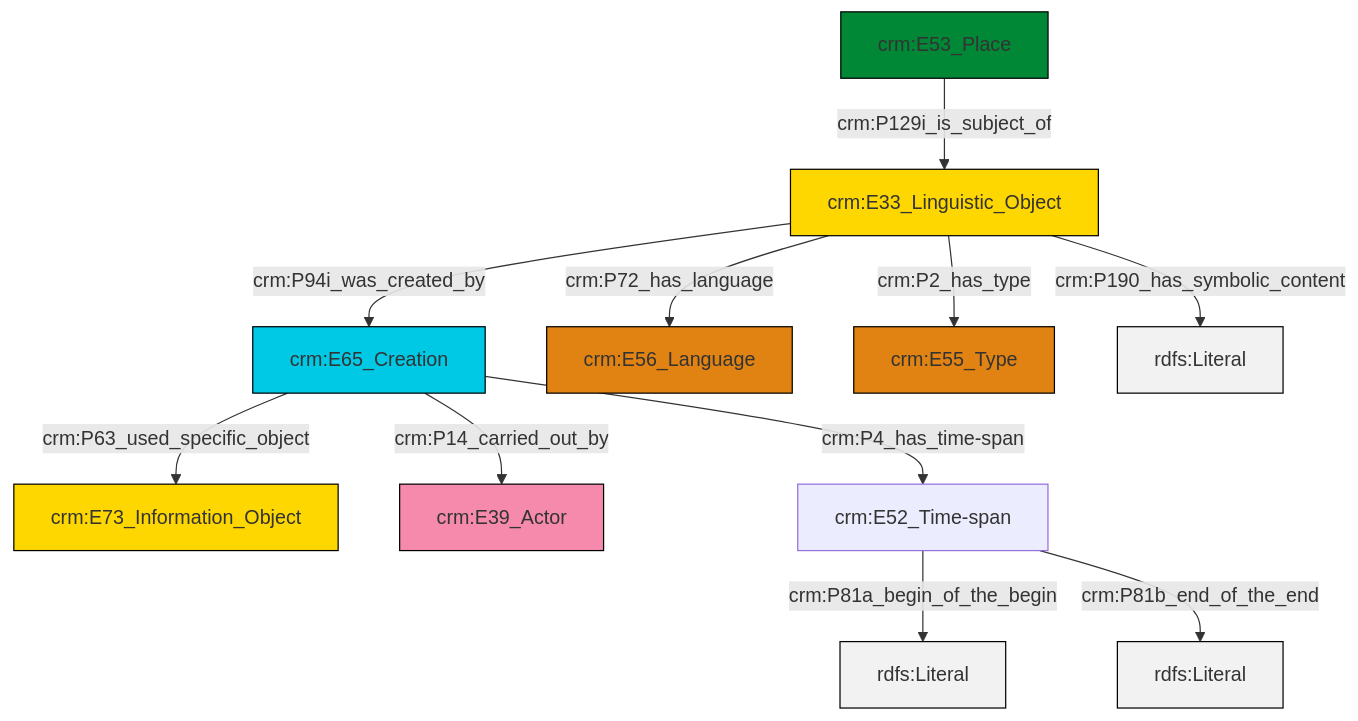
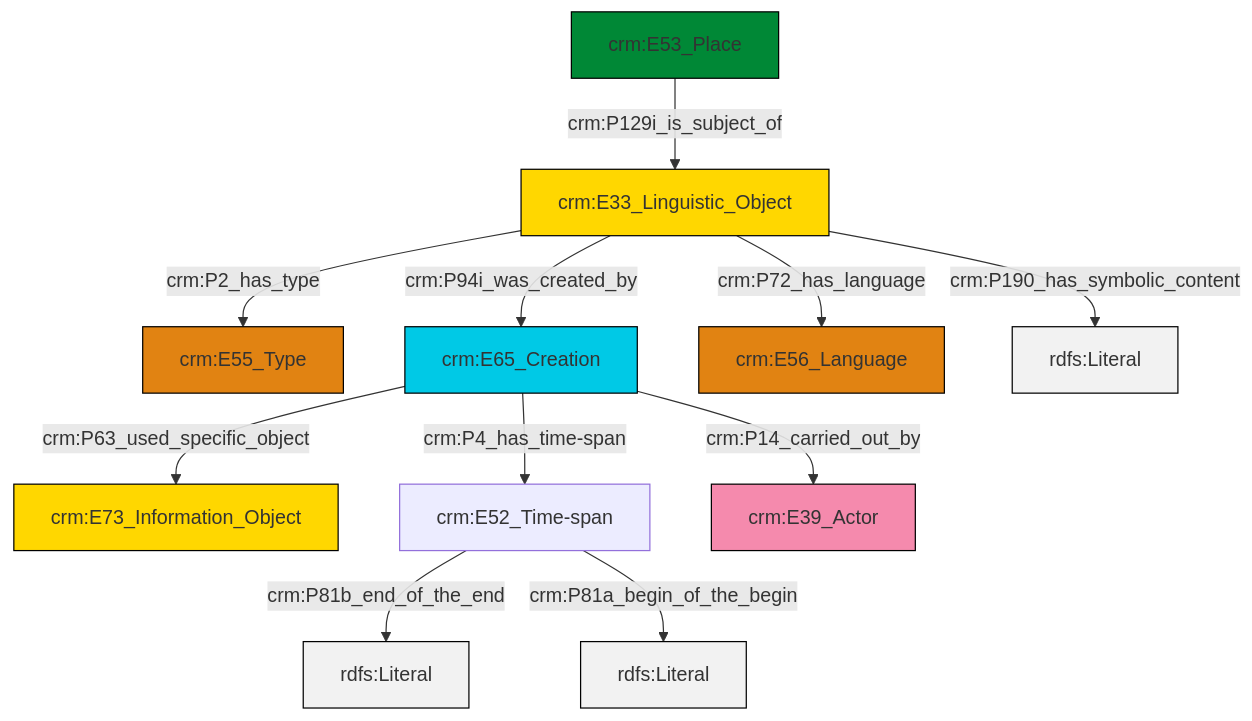
One commit to swiss-art-research-net/reference-data-models changed the diagram in et/placeCSV/ttl/mmd/place_description.ttl.mmd. Above: the diagram before and after it, drawn with Mermaid. The commit also changed 130 other files, not shown here.

```diff
--- a/et/placeCSV/ttl/mmd/place_description.ttl.mmd
+++ b/et/placeCSV/ttl/mmd/place_description.ttl.mmd
@@ -1,25 +1,25 @@
 graph TD
 classDef Literal fill:#f2f2f2,stroke:#000000;
 classDef CRM_Entity fill:#FFFFFF,stroke:#000000;
 classDef Temporal_Entity fill:#00C9E6, stroke:#000000;
 classDef Type fill:#E18312, stroke:#000000;
 classDef Time-Span fill:#2C9C91, stroke:#000000;
 classDef Appellation fill:#FFEB7F, stroke:#000000;
 classDef Place fill:#008836, stroke:#000000;
 classDef Persistent_Item fill:#B266B2, stroke:#000000;
 classDef Conceptual_Object fill:#FFD700, stroke:#000000;
 classDef Physical_Thing fill:#D2B48C, stroke:#000000;
 classDef Actor fill:#f58aad, stroke:#000000;
 classDef PC_Classes fill:#4ce600, stroke:#000000;
 classDef Multi fill:#cccccc,stroke:#000000;
 
-0["crm:E65_Creation"]:::Temporal_Entity -->|crm:P63_used_specific_object| 1["crm:E73_Information_Object"]:::Conceptual_Object
-2["crm:E53_Place"]:::Place -->|crm:P129i_is_subject_of| 3["crm:E33_Linguistic_Object"]:::Conceptual_Object
-3["crm:E33_Linguistic_Object"]:::Conceptual_Object -->|crm:P72_has_language| 4["crm:E56_Language"]:::Type
-7["crm:E52_Time-span"]:::Default -->|crm:P81a_begin_of_the_begin| 8[rdfs:Literal]:::Literal
-3["crm:E33_Linguistic_Object"]:::Conceptual_Object -->|crm:P94i_was_created_by| 0["crm:E65_Creation"]:::Temporal_Entity
-0["crm:E65_Creation"]:::Temporal_Entity -->|crm:P14_carried_out_by| 5["crm:E39_Actor"]:::Actor
-3["crm:E33_Linguistic_Object"]:::Conceptual_Object -->|crm:P2_has_type| 11["crm:E55_Type"]:::Type
-7["crm:E52_Time-span"]:::Default -->|crm:P81b_end_of_the_end| 12[rdfs:Literal]:::Literal
-0["crm:E65_Creation"]:::Temporal_Entity -->|crm:P4_has_time-span| 7["crm:E52_Time-span"]:::Default
-3["crm:E33_Linguistic_Object"]:::Conceptual_Object -->|crm:P190_has_symbolic_content| 15[rdfs:Literal]:::Literal
+0["crm:E33_Linguistic_Object"]:::Conceptual_Object -->|crm:P2_has_type| 1["crm:E55_Type"]:::Type
+5["crm:E52_Time-span"]:::Default -->|crm:P81b_end_of_the_end| 6[rdfs:Literal]:::Literal
+0["crm:E33_Linguistic_Object"]:::Conceptual_Object -->|crm:P94i_was_created_by| 7["crm:E65_Creation"]:::Temporal_Entity
+7["crm:E65_Creation"]:::Temporal_Entity -->|crm:P4_has_time-span| 5["crm:E52_Time-span"]:::Default
+9["crm:E53_Place"]:::Place -->|crm:P129i_is_subject_of| 0["crm:E33_Linguistic_Object"]:::Conceptual_Object
+5["crm:E52_Time-span"]:::Default -->|crm:P81a_begin_of_the_begin| 12[rdfs:Literal]:::Literal
+7["crm:E65_Creation"]:::Temporal_Entity -->|crm:P63_used_specific_object| 3["crm:E73_Information_Object"]:::Conceptual_Object
+7["crm:E65_Creation"]:::Temporal_Entity -->|crm:P14_carried_out_by| 13["crm:E39_Actor"]:::Actor
+0["crm:E33_Linguistic_Object"]:::Conceptual_Object -->|crm:P190_has_symbolic_content| 17[rdfs:Literal]:::Literal
+0["crm:E33_Linguistic_Object"]:::Conceptual_Object -->|crm:P72_has_language| 10["crm:E56_Language"]:::Type
```
